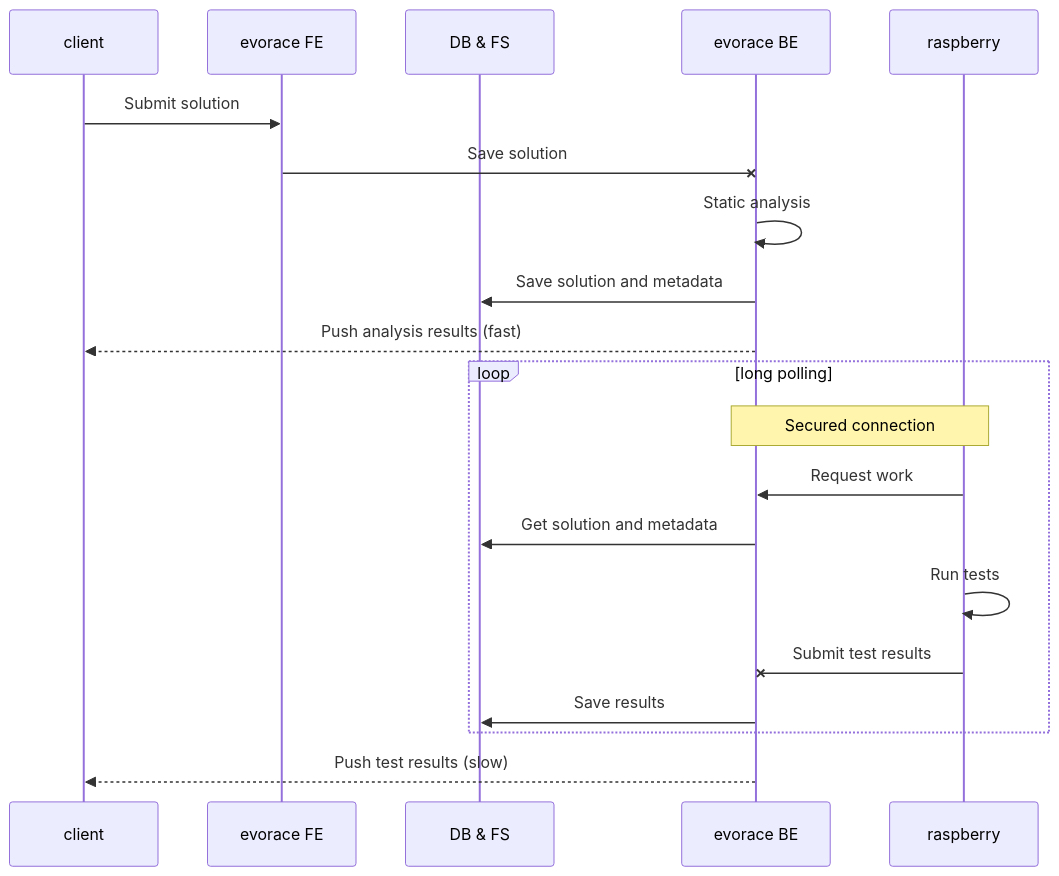
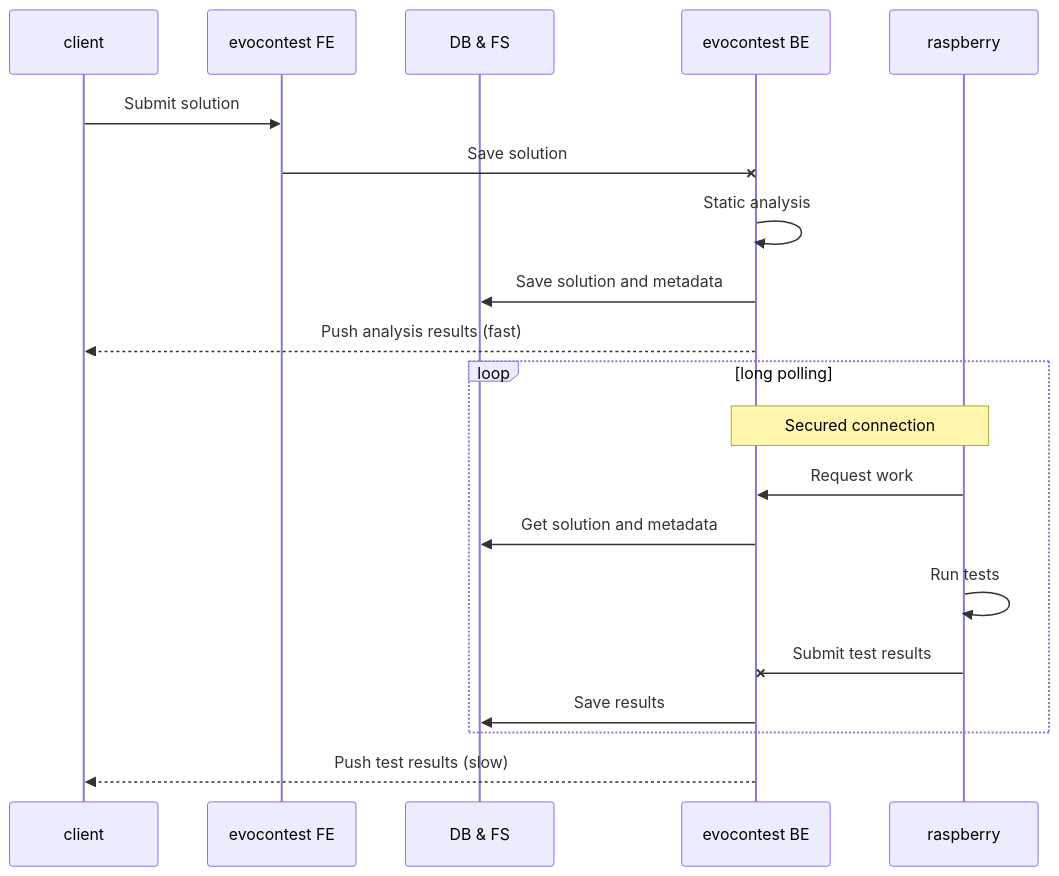
One commit to sanraith/evocontest changed the second of 6 diagrams in docs/architecture.md. Above: the diagram before and after it, drawn with Mermaid. The commit also changed other lines of this file and 499 other files, not shown here.

Commit message:
Mass rename "evorace" to "evocontest".

````diff
--- a/docs/architecture.md
+++ b/docs/architecture.md
@@ -36,25 +36,25 @@
 ```mermaid
 sequenceDiagram
 
 participant client
-participant FE as evorace FE
+participant FE as evocontest FE
 participant DB as DB & FS
-participant BE as evorace BE
+participant BE as evocontest BE
 participant raspberry
 
 client ->> FE:Submit solution
 FE -x BE: Save solution
 BE ->> BE: Static analysis
 BE ->> DB: Save solution and metadata
 BE -->> client: Push analysis results (fast)
 
 loop long polling
 	Note over BE, raspberry: Secured connection
 	raspberry ->> BE: Request work
 	BE ->> DB: Get solution and metadata
 	raspberry ->> raspberry: Run tests
 	raspberry -x BE: Submit test results
 	BE ->> DB: Save results
 end
 BE -->> client: Push test results (slow)
 ```
````
